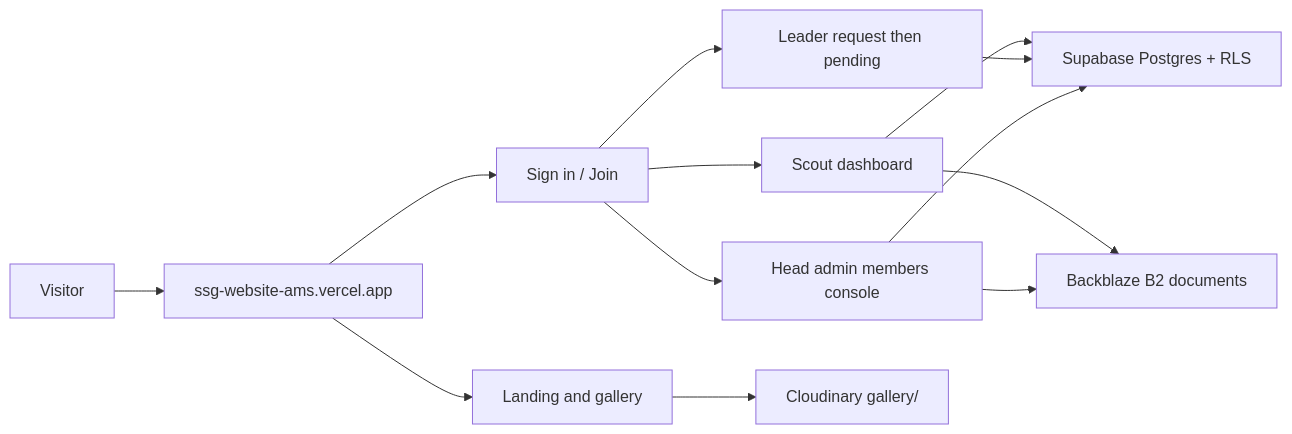
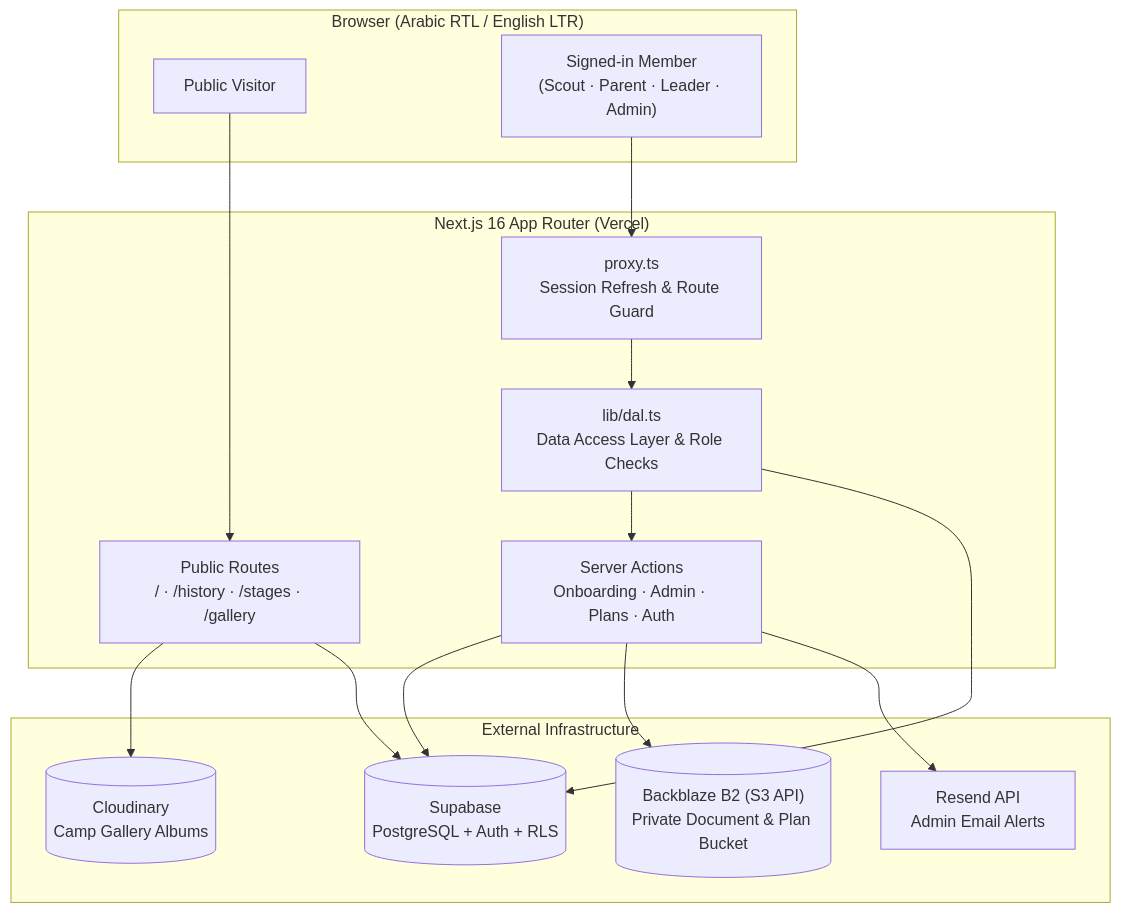
The first of 2 diagrams in README.md (joe02692/SSG_website_AMS), drawn with Mermaid before and after one commit. The commit also changed other lines of this file, not shown here.

````diff
--- a/README.md
+++ b/README.md
@@ -32,15 +49,32 @@
 ```mermaid
-flowchart LR
-    Visitor["Visitor"] --> Site["ssg-website-ams.vercel.app"]
-    Site --> Public["Landing and gallery"]
-    Site --> Auth["Sign in / Join"]
-    Auth --> Scout["Scout dashboard"]
-    Auth --> Leader["Leader request then pending"]
-    Auth --> Admin["Head admin members console"]
-    Public --> Cloudinary["Cloudinary gallery/"]
-    Scout --> Supabase["Supabase Postgres + RLS"]
-    Leader --> Supabase
-    Admin --> Supabase
-    Scout --> B2["Backblaze B2 documents"]
-    Admin --> B2
+flowchart TB
+    subgraph Client["Browser (Arabic RTL / English LTR)"]
+        Visitor["Public Visitor"]
+        Member["Signed-in Member<br/>(Scout · Parent · Leader · Admin)"]
+    end
+
+    subgraph NextApp["Next.js 16 App Router (Vercel)"]
+        PublicPages["Public Routes<br/>/ · /history · /stages · /gallery"]
+        Proxy["proxy.ts<br/>Session Refresh & Route Guard"]
+        DAL["lib/dal.ts<br/>Data Access Layer & Role Checks"]
+        Actions["Server Actions<br/>Onboarding · Admin · Plans · Auth"]
+    end
+
+    subgraph Services["External Infrastructure"]
+        Supabase[("Supabase<br/>PostgreSQL + Auth + RLS")]
+        B2[("Backblaze B2 (S3 API)<br/>Private Document & Plan Bucket")]
+        Cloudinary[("Cloudinary<br/>Camp Gallery Albums")]
+        Resend["Resend API<br/>Admin Email Alerts"]
+    end
+
+    Visitor --> PublicPages
+    Member --> Proxy --> DAL --> Actions
+
+    PublicPages --> Cloudinary
+    PublicPages --> Supabase
+
+    DAL --> Supabase
+    Actions --> Supabase
+    Actions --> B2
+    Actions --> Resend
 ```
````
